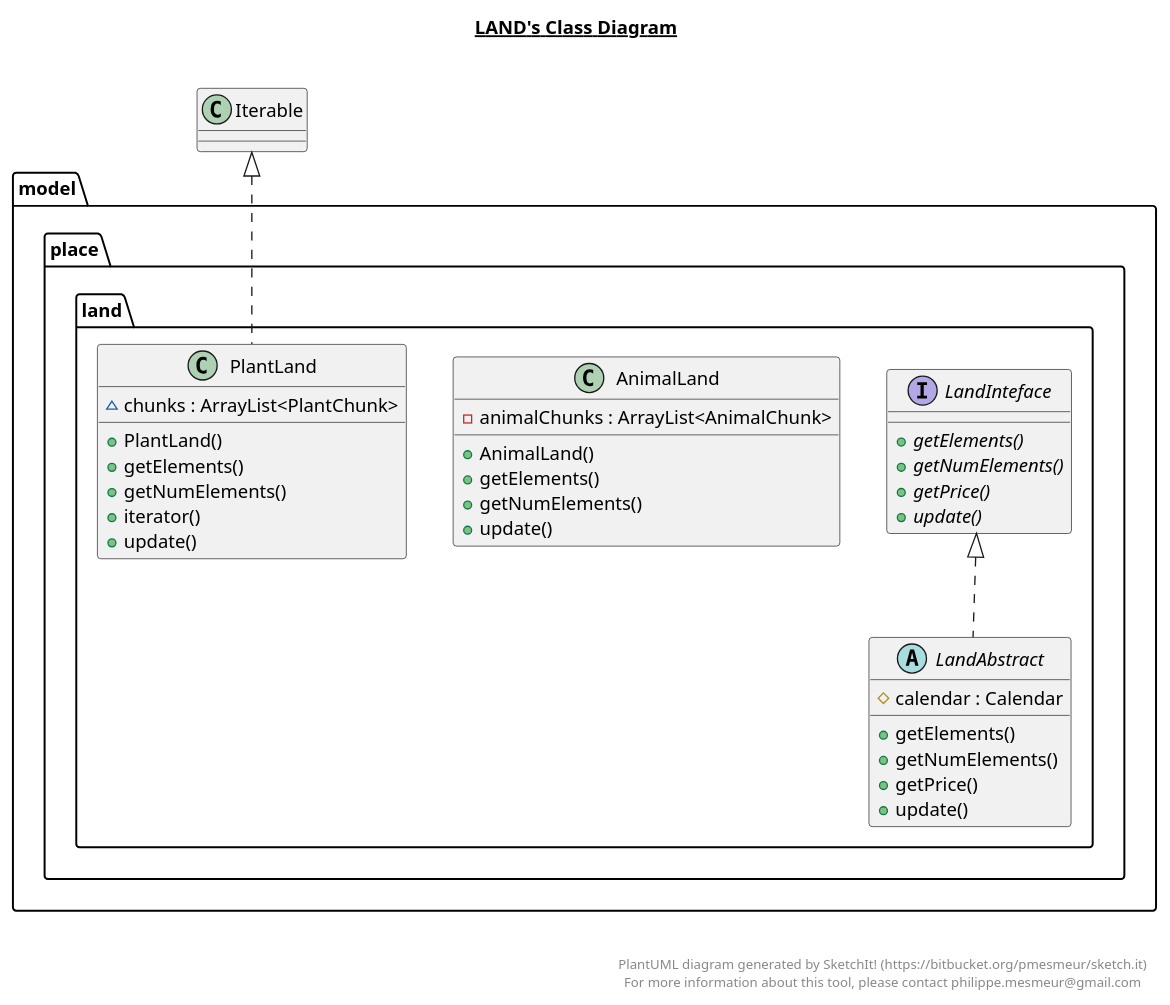
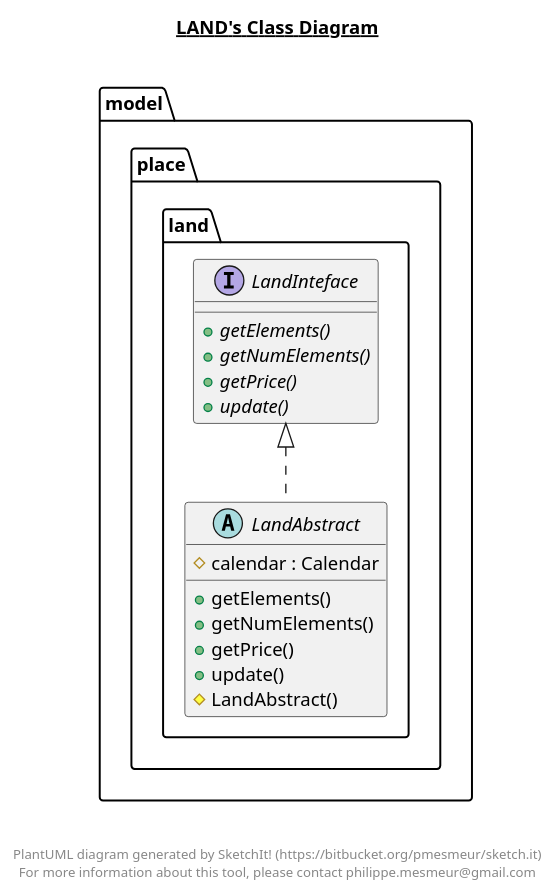
One commit to itsPinguiz/Progetto_PMO changed the diagram in FarmSimulator/src/main/java/model/place/land/land.plantuml. Above: the diagram before and after it, drawn with PlantUML. The commit also changed 26 other files, not shown here.

```diff
--- a/FarmSimulator/src/main/java/model/place/land/land.plantuml
+++ b/FarmSimulator/src/main/java/model/place/land/land.plantuml
@@ -1,76 +1,45 @@
 @startuml
 
 title __LAND's Class Diagram__\n
-
-  namespace model {
-    namespace place {
-      namespace land {
-        class model.place.land.AnimalLand {
-            - animalChunks : ArrayList<AnimalChunk>
-            + AnimalLand()
-            + getElements()
-            + getNumElements()
-            + update()
-        }
-      }
-    }
-  }
-  
 
   namespace model {
     namespace place {
       namespace land {
         abstract class model.place.land.LandAbstract {
             # calendar : Calendar
             + getElements()
             + getNumElements()
             + getPrice()
             + update()
+            # LandAbstract()
         }
       }
     }
   }
   
 
   namespace model {
     namespace place {
       namespace land {
         interface model.place.land.LandInteface {
             {abstract} + getElements()
             {abstract} + getNumElements()
             {abstract} + getPrice()
             {abstract} + update()
         }
       }
     }
   }
   
 
-  namespace model {
-    namespace place {
-      namespace land {
-        class model.place.land.PlantLand {
-            ~ chunks : ArrayList<PlantChunk>
-            + PlantLand()
-            + getElements()
-            + getNumElements()
-            + iterator()
-            + update()
-        }
-      }
-    }
-  }
-  
-
   model.place.land.LandAbstract .up.|> LandInteface
-  model.place.land.PlantLand .up.|> Iterable
 
 
 right footer
 
 
 PlantUML diagram generated by SketchIt! (https://bitbucket.org/pmesmeur/sketch.it)
 For more information about this tool, please contact philippe.mesmeur@gmail.com
 endfooter
 
 @enduml
```
